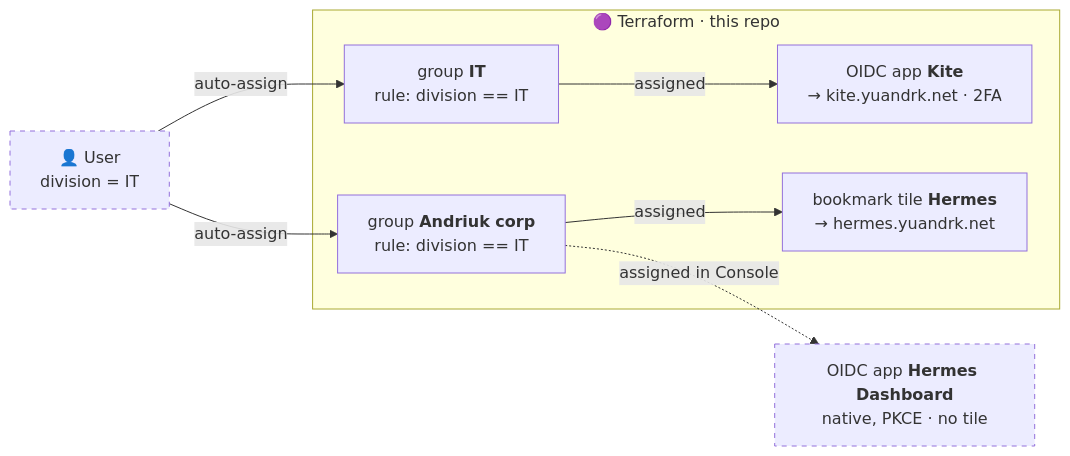
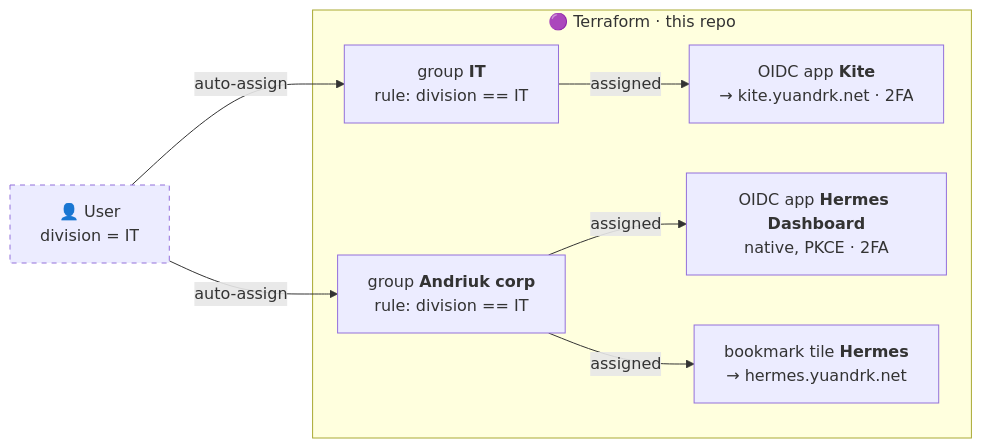
One commit to yuandrk/okta-gitops changed the first of 2 diagrams in README.md. Above: the diagram before and after it, drawn with Mermaid. The commit also changed other lines of this file and 12 other files, not shown here.

First line of the commit message:
feat(apps): adopt Hermes Dashboard (public native client with PKCE) (#23)

````diff
--- a/README.md
+++ b/README.md
@@ -35,20 +35,21 @@
 ```mermaid
 flowchart LR
     U["👤 User<br/>division = IT"]
 
     subgraph TF["🟣 Terraform · this repo"]
         G2["group <b>IT</b><br/>rule: division == IT"]
         G1["group <b>Andriuk corp</b><br/>rule: division == IT"]
         K["OIDC app <b>Kite</b><br/>→ kite.yuandrk.net · 2FA"]
+        HA["OIDC app <b>Hermes Dashboard</b><br/>native, PKCE · 2FA"]
         B["bookmark tile <b>Hermes</b><br/>→ hermes.yuandrk.net"]
         G2 -->|assigned| K
+        G1 -->|assigned| HA
         G1 -->|assigned| B
     end
 
     U -->|auto-assign| G2
     U -->|auto-assign| G1
-    G1 -.->|assigned in Console| HA["OIDC app <b>Hermes Dashboard</b><br/>native, PKCE · no tile"]
 
     classDef console stroke-dasharray: 5 5
-    class U,HA console
+    class U console
 ```
````
